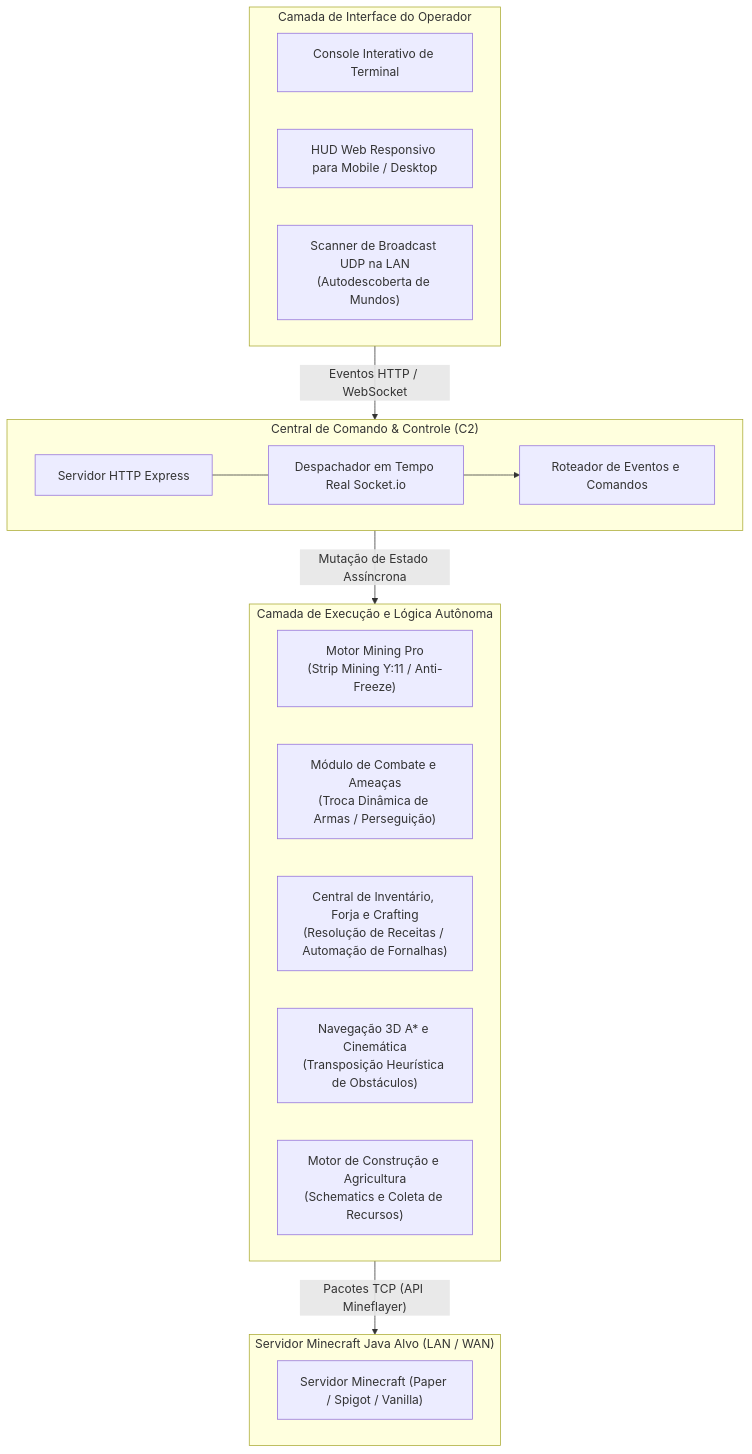
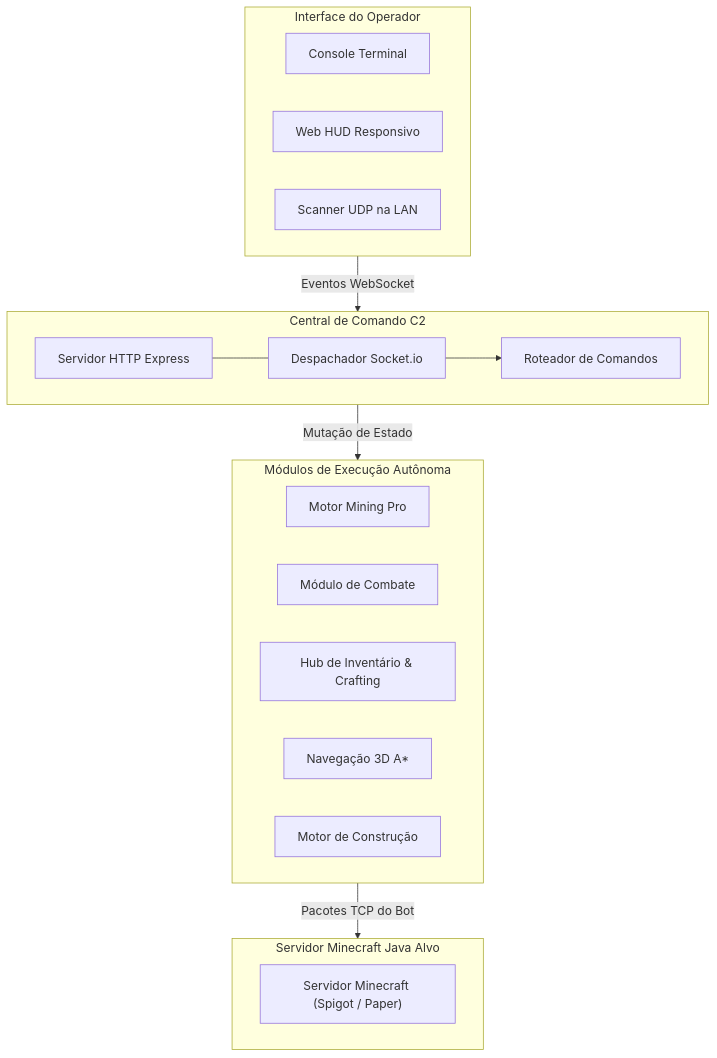
One commit to welzim19-star/minebot-c2-engine changed the diagram in README.pt-BR.md. Above: the diagram before and after it, drawn with Mermaid. The commit also changed 1 other file, not shown here.

Commit message:
fix(diagram): streamline Mermaid node labels to eliminate clipping

````diff
--- a/README.pt-BR.md
+++ b/README.pt-BR.md
@@ -22,33 +22,33 @@
 ```mermaid
 flowchart TD
-    subgraph OPERATOR_TIER["Camada de Interface do Operador"]
-        CLI["Console Interativo de Terminal"]
-        WebUI["HUD Web Responsivo para Mobile / Desktop"]
-        LAN["Scanner de Broadcast UDP na LAN\n(Autodescoberta de Mundos)"]
+    subgraph OPERATOR_TIER["Interface do Operador"]
+        CLI["Console Terminal"]
+        WebUI["Web HUD Responsivo"]
+        LAN["Scanner UDP na LAN"]
     end
 
-    subgraph C2_GATEWAY["Central de Comando & Controle (C2)"]
+    subgraph C2_GATEWAY["Central de Comando C2"]
         ExpressServer["Servidor HTTP Express"]
-        SocketEngine["Despachador em Tempo Real Socket.io"]
-        CmdRouter["Roteador de Eventos e Comandos"]
+        SocketEngine["Despachador Socket.io"]
+        CmdRouter["Roteador de Comandos"]
         
         ExpressServer --- SocketEngine
         SocketEngine --> CmdRouter
     end
 
-    subgraph AUTONOMOUS_MODULES["Camada de Execução e Lógica Autônoma"]
-        Mining["Motor Mining Pro\n(Strip Mining Y:11 / Anti-Freeze)"]
-        Combat["Módulo de Combate e Ameaças\n(Troca Dinâmica de Armas / Perseguição)"]
-        Inventory["Central de Inventário, Forja e Crafting\n(Resolução de Receitas / Automação de Fornalhas)"]
-        Pathfinder["Navegação 3D A* e Cinemática\n(Transposição Heurística de Obstáculos)"]
-        Builder["Motor de Construção e Agricultura\n(Schematics e Coleta de Recursos)"]
+    subgraph AUTONOMOUS_MODULES["Módulos de Execução Autônoma"]
+        Mining["Motor Mining Pro"]
+        Combat["Módulo de Combate"]
+        Inventory["Hub de Inventário & Crafting"]
+        Pathfinder["Navegação 3D A*"]
+        Builder["Motor de Construção"]
     end
 
-    subgraph MINECRAFT_SERVER["Servidor Minecraft Java Alvo (LAN / WAN)"]
-        MC["Servidor Minecraft (Paper / Spigot / Vanilla)"]
+    subgraph MINECRAFT_SERVER["Servidor Minecraft Java Alvo"]
+        MC["Servidor Minecraft (Spigot / Paper)"]
     end
 
-    OPERATOR_TIER -- "Eventos HTTP / WebSocket" --> C2_GATEWAY
-    C2_GATEWAY -- "Mutação de Estado Assíncrona" --> AUTONOMOUS_MODULES
-    AUTONOMOUS_MODULES -- "Pacotes TCP (API Mineflayer)" --> MINECRAFT_SERVER
+    OPERATOR_TIER -- "Eventos WebSocket" --> C2_GATEWAY
+    C2_GATEWAY -- "Mutação de Estado" --> AUTONOMOUS_MODULES
+    AUTONOMOUS_MODULES -- "Pacotes TCP do Bot" --> MINECRAFT_SERVER
 ```
````
